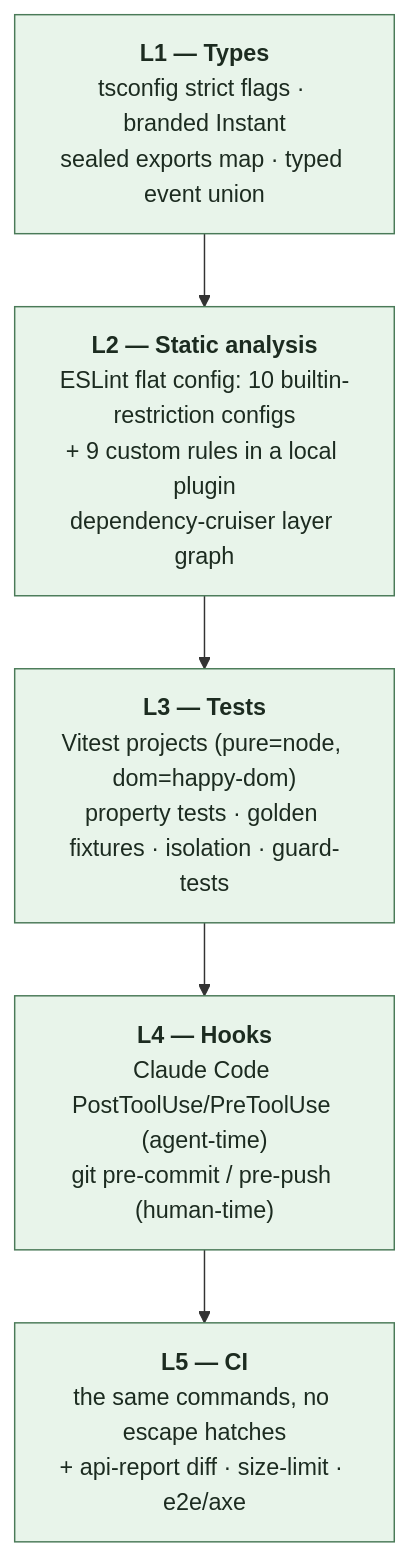
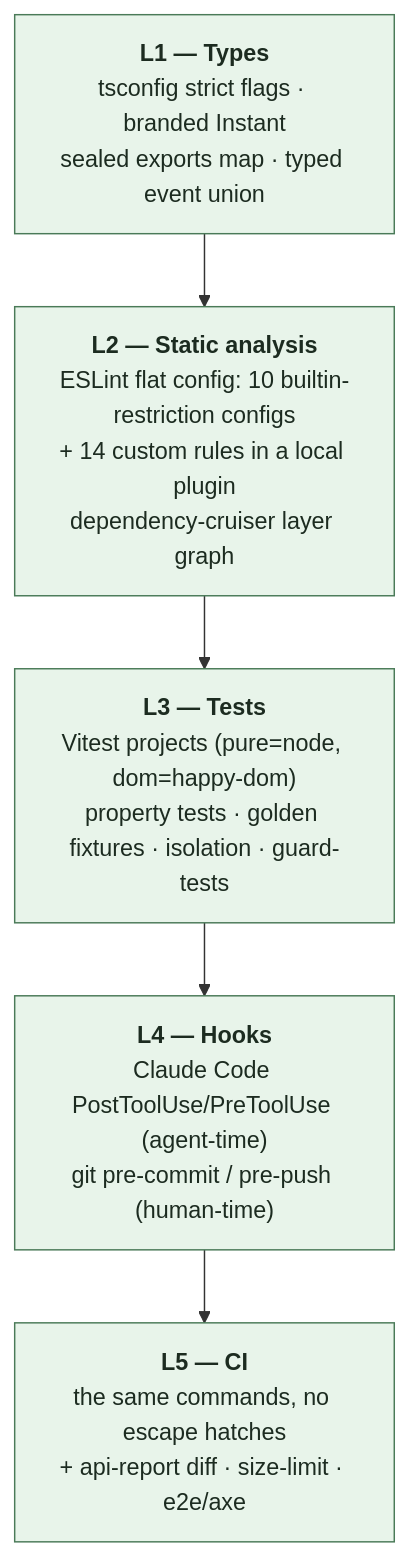
Before and after one commit to freegantt/freegantt: the diagram in docs/00-guardrails-overview.md, drawn with Mermaid. The commit also changed other lines of this file and 11 other files, not shown here.

````diff
--- a/docs/00-guardrails-overview.md
+++ b/docs/00-guardrails-overview.md
@@ -32,13 +36,13 @@
 ```mermaid
 flowchart TB
   L1["<b>L1 — Types</b><br/>tsconfig strict flags · branded Instant<br/>sealed exports map · typed event union"]
-  L2["<b>L2 — Static analysis</b><br/>ESLint flat config: 10 builtin-restriction configs<br/>+ 9 custom rules in a local plugin<br/>dependency-cruiser layer graph"]
+  L2["<b>L2 — Static analysis</b><br/>ESLint flat config: 10 builtin-restriction configs<br/>+ 14 custom rules in a local plugin<br/>dependency-cruiser layer graph"]
   L3["<b>L3 — Tests</b><br/>Vitest projects (pure=node, dom=happy-dom)<br/>property tests · golden fixtures · isolation · guard-tests"]
   L4["<b>L4 — Hooks</b><br/>Claude Code PostToolUse/PreToolUse (agent-time)<br/>git pre-commit / pre-push (human-time)"]
   L5["<b>L5 — CI</b><br/>the same commands, no escape hatches<br/>+ api-report diff · size-limit · e2e/axe"]
 
   L1 --> L2 --> L3 --> L4 --> L5
 
   classDef a fill:#e8f4ea,stroke:#4a7a58,color:#1c2b20
   class L1,L2,L3,L4,L5 a
 ```
````
